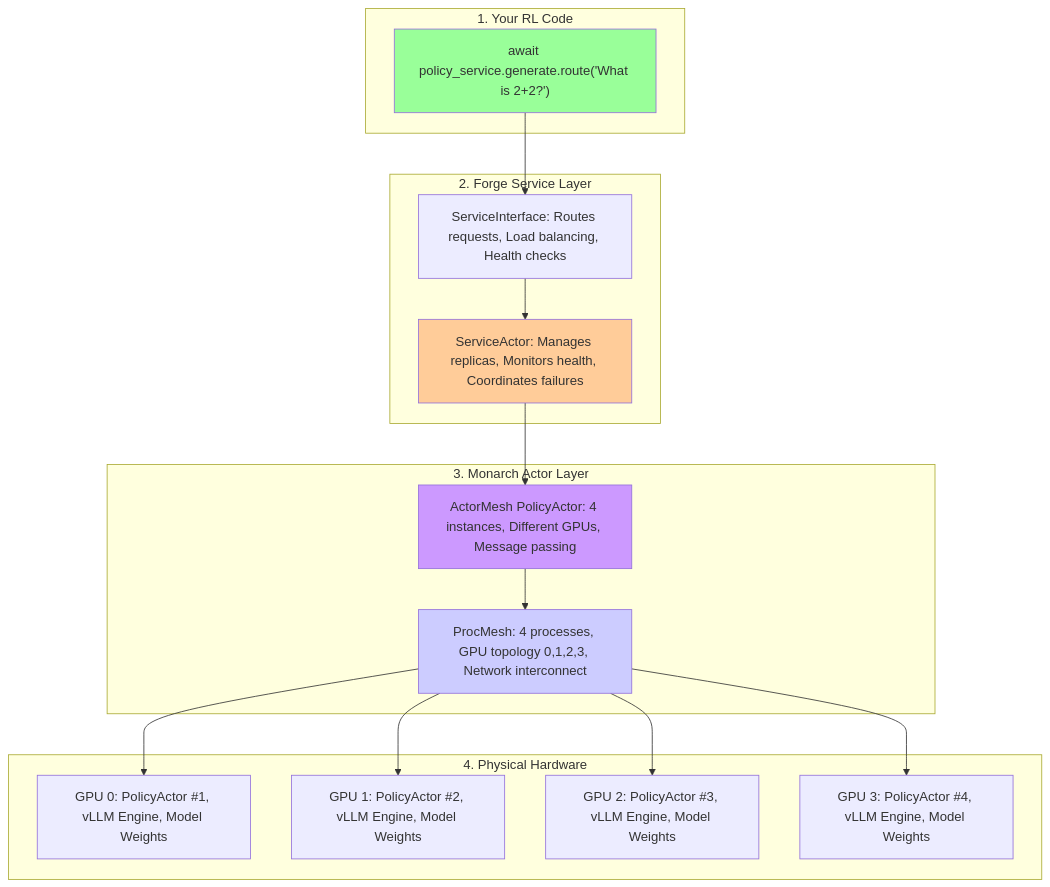
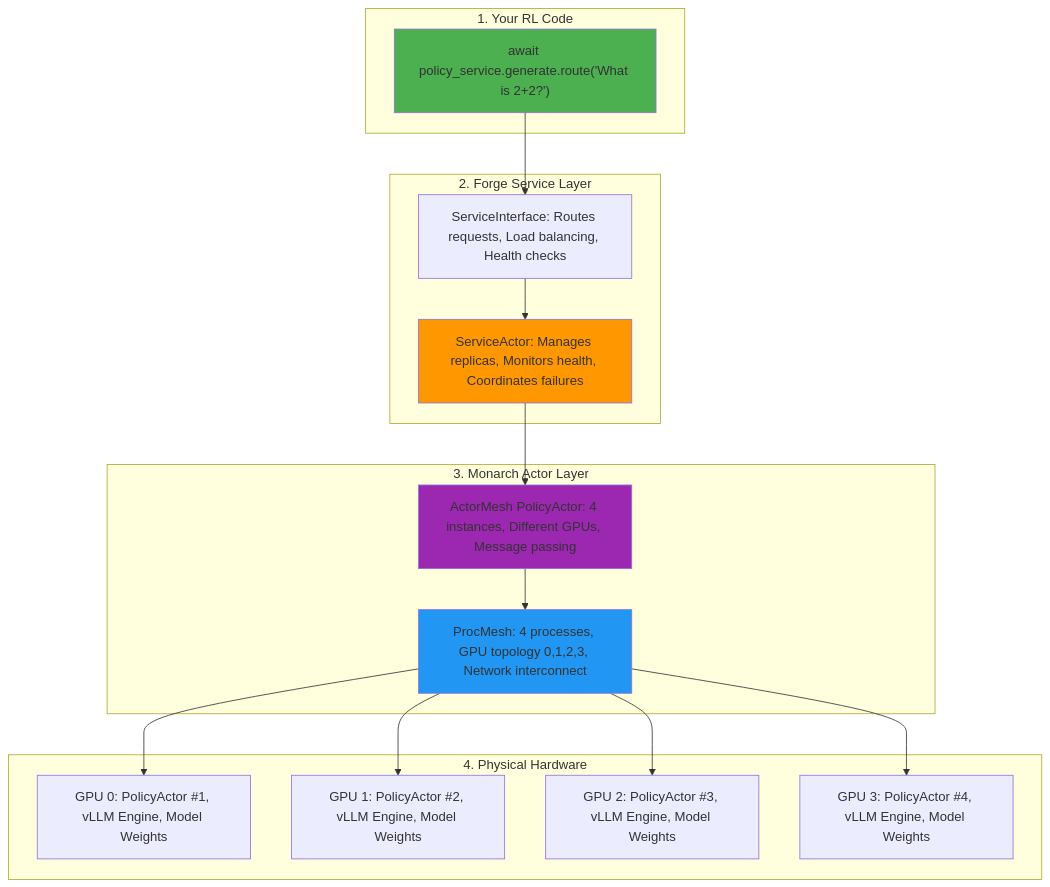
Before and after one commit to meta-pytorch/torchforge: the first of 8 diagrams in docs/Tutorials/3_Monarch_101.MD, drawn with Mermaid. The commit also changed other lines of this file and 2 other files, not shown here.

````diff
--- a/docs/Tutorials/3_Monarch_101.MD
+++ b/docs/Tutorials/3_Monarch_101.MD
@@ -9,37 +9,37 @@
 ```mermaid
 graph TD
     subgraph YourCode["1. Your RL Code"]
         Call["await policy_service.generate.route('What is 2+2?')"]
     end
 
     subgraph ForgeServices["2. Forge Service Layer"]
         ServiceInterface["ServiceInterface: Routes requests, Load balancing, Health checks"]
         ServiceActor["ServiceActor: Manages replicas, Monitors health, Coordinates failures"]
     end
 
     subgraph MonarchLayer["3. Monarch Actor Layer"]
         ActorMesh["ActorMesh PolicyActor: 4 instances, Different GPUs, Message passing"]
         ProcMesh["ProcMesh: 4 processes, GPU topology 0,1,2,3, Network interconnect"]
     end
 
     subgraph Hardware["4. Physical Hardware"]
         GPU0["GPU 0: PolicyActor #1, vLLM Engine, Model Weights"]
         GPU1["GPU 1: PolicyActor #2, vLLM Engine, Model Weights"]
         GPU2["GPU 2: PolicyActor #3, vLLM Engine, Model Weights"]
         GPU3["GPU 3: PolicyActor #4, vLLM Engine, Model Weights"]
     end
 
     Call --> ServiceInterface
     ServiceInterface --> ServiceActor
     ServiceActor --> ActorMesh
     ActorMesh --> ProcMesh
     ProcMesh --> GPU0
     ProcMesh --> GPU1
     ProcMesh --> GPU2
     ProcMesh --> GPU3
 
-    style Call fill:#99ff99
-    style ServiceActor fill:#ffcc99
-    style ActorMesh fill:#cc99ff
-    style ProcMesh fill:#ccccff
+    style Call fill:#4CAF50
+    style ServiceActor fill:#FF9800
+    style ActorMesh fill:#9C27B0
+    style ProcMesh fill:#2196F3
 ```
````
